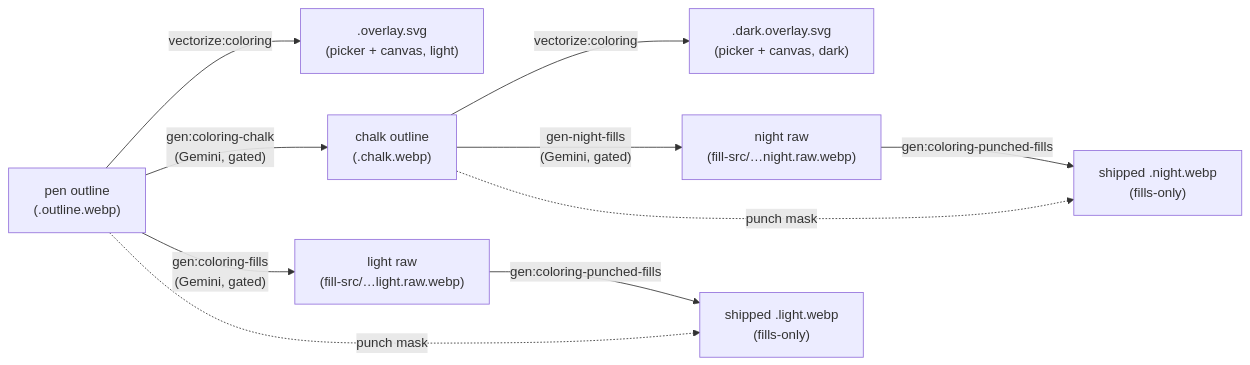
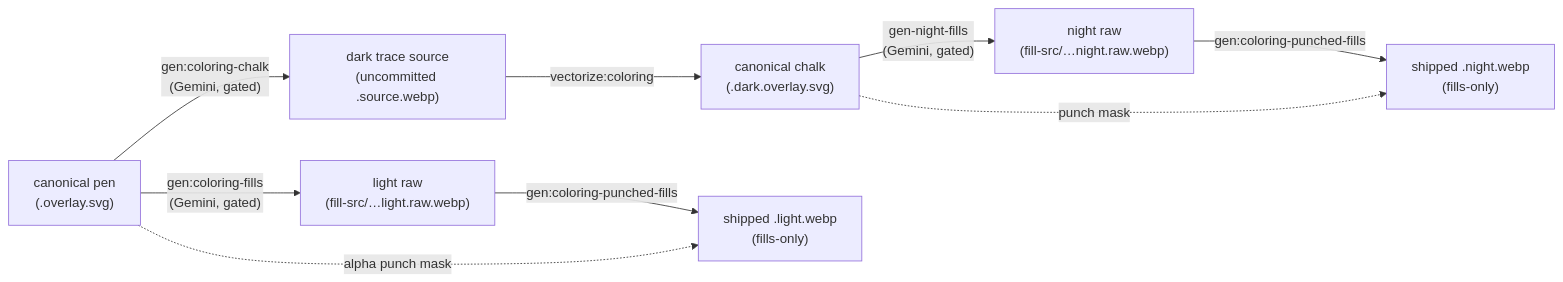
One commit to KyleMit/Splotch changed the diagram in tools/asset-gen/docs/pipeline.md. Above: the diagram before and after it, drawn with Mermaid. The commit also changed other lines of this file and 256 other files, not shown here.

Commit message:
Make coloring page SVGs canonical

````diff
--- a/tools/asset-gen/docs/pipeline.md
+++ b/tools/asset-gen/docs/pipeline.md
@@ -20,12 +20,11 @@
 ```mermaid
 flowchart LR
-    O["pen outline<br/>(.outline.webp)"] -->|vectorize:coloring| PO[".overlay.svg<br/>(picker + canvas, light)"]
-    O -->|"gen:coloring-chalk<br/>(Gemini, gated)"| C["chalk outline<br/>(.chalk.webp)"]
-    C -->|vectorize:coloring| CO[".dark.overlay.svg<br/>(picker + canvas, dark)"]
-    O -->|"gen:coloring-fills<br/>(Gemini, gated)"| LR2["light raw<br/>(fill-src/…light.raw.webp)"]
+    P["canonical pen<br/>(.overlay.svg)"] -->|"gen:coloring-chalk<br/>(Gemini, gated)"| CS["dark trace source<br/>(uncommitted .source.webp)"]
+    CS -->|vectorize:coloring| C["canonical chalk<br/>(.dark.overlay.svg)"]
+    P -->|"gen:coloring-fills<br/>(Gemini, gated)"| LR2["light raw<br/>(fill-src/…light.raw.webp)"]
     C -->|"gen-night-fills<br/>(Gemini, gated)"| NR["night raw<br/>(fill-src/…night.raw.webp)"]
     LR2 -->|gen:coloring-punched-fills| LS["shipped .light.webp<br/>(fills-only)"]
     NR -->|gen:coloring-punched-fills| NS["shipped .night.webp<br/>(fills-only)"]
-    O -.->|"punch mask"| LS
+    P -.->|"alpha punch mask"| LS
     C -.->|"punch mask"| NS
 ```
````
